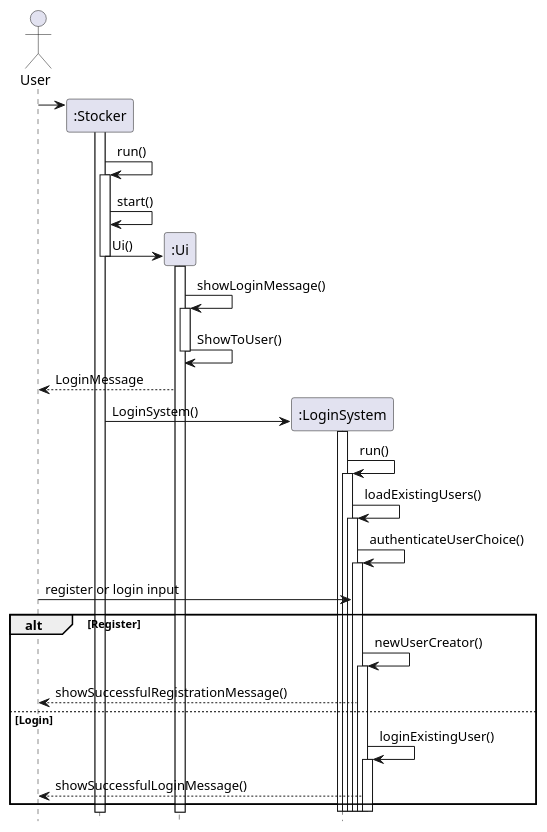
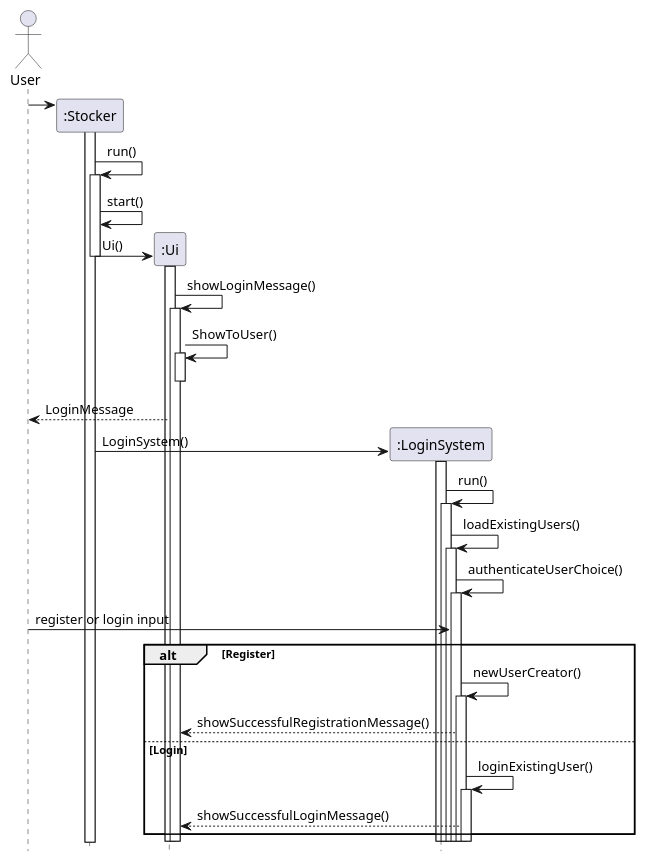
One commit to nus-cs2113-AY2324S1/tp changed the diagram in docs/UML Diagrams/StockerToLoginSystem.puml. Above: the diagram before and after it, drawn with PlantUML. The commit also changed 1 other file, not shown here.

Commit message:
Update UML

```diff
--- a/docs/UML Diagrams/StockerToLoginSystem.puml
+++ b/docs/UML Diagrams/StockerToLoginSystem.puml
@@ -1,62 +1,65 @@
 @startuml
 'https://plantuml.com/sequence-diagram
 
 hide footbox
 actor User
 Participant ":Stocker" as Stocker
 Participant ":Ui" as Ui
 Participant ":LoginSystem" as LoginSystem
 
 Create Stocker
 User -> Stocker
 activate Stocker
 Stocker -> Stocker : run()
 activate Stocker
 Stocker -> Stocker :start()
 Create Ui
 Stocker -> Ui :  Ui()
 deactivate Stocker
 
 activate Ui
 Ui -> Ui : showLoginMessage()
 activate Ui
 Ui -> Ui : ShowToUser()
+activate Ui
 deactivate Ui
 Ui --> User : LoginMessage
 
 Create LoginSystem
 Stocker -> LoginSystem :LoginSystem()
 activate LoginSystem
 LoginSystem -> LoginSystem : run()
 activate LoginSystem
 LoginSystem -> LoginSystem : loadExistingUsers()
 activate LoginSystem
 LoginSystem -> LoginSystem: authenticateUserChoice()
 activate LoginSystem
 User -> LoginSystem : register or login input
 
 alt  Register
 
 LoginSystem -> LoginSystem : newUserCreator()
 activate LoginSystem
-LoginSystem --> User : showSuccessfulRegistrationMessage()
+LoginSystem --> Ui : showSuccessfulRegistrationMessage()
 
 else Login
 LoginSystem ->LoginSystem : loginExistingUser()
 activate LoginSystem
-LoginSystem --> User: showSuccessfulLoginMessage()
+LoginSystem --> Ui: showSuccessfulLoginMessage()
 
 end
+deactivate Ui
+deactivate Ui
 deactivate LoginSystem
 
 deactivate LoginSystem
 
 deactivate LoginSystem
 
 deactivate LoginSystem
 
 deactivate LoginSystem
 
 deactivate LoginSystem
 
 @enduml
```
